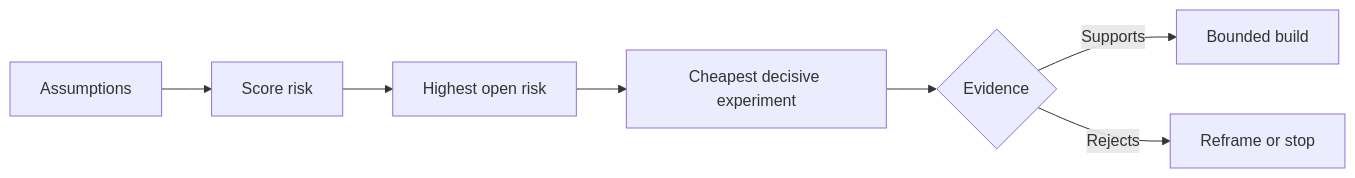
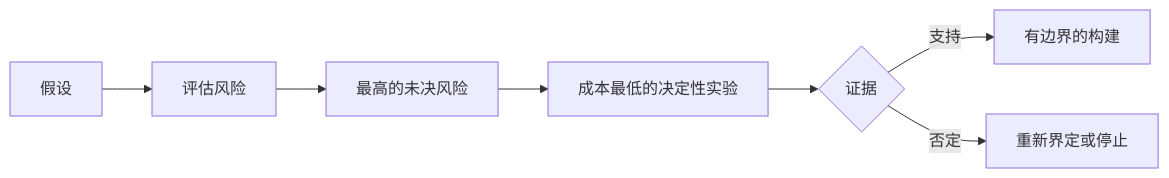
The diagram in phases/14-agent-engineering/49-map-assumptions-and-risk/docs/zh.md (fancyboi999/ai-engineering-from-scratch-zh), drawn with Mermaid before and after one commit. The commit also changed 35 other files, not shown here.

````diff
--- a/phases/14-agent-engineering/49-map-assumptions-and-risk/docs/zh.md
+++ b/phases/14-agent-engineering/49-map-assumptions-and-risk/docs/zh.md
@@ -51,9 +51,9 @@
 ```mermaid
 flowchart LR
-  A[Assumptions] --> S[Score risk]
-  S --> H[Highest open risk]
-  H --> X[Cheapest decisive experiment]
-  X --> E{Evidence}
-  E -->|Supports| B[Bounded build]
-  E -->|Rejects| R[Reframe or stop]
+  A[假设] --> S[评估风险]
+  S --> H[最高的未决风险]
+  H --> X[成本最低的决定性实验]
+  X --> E{证据}
+  E -->|支持| B[有边界的构建]
+  E -->|否定| R[重新界定或停止]
 ```
````
